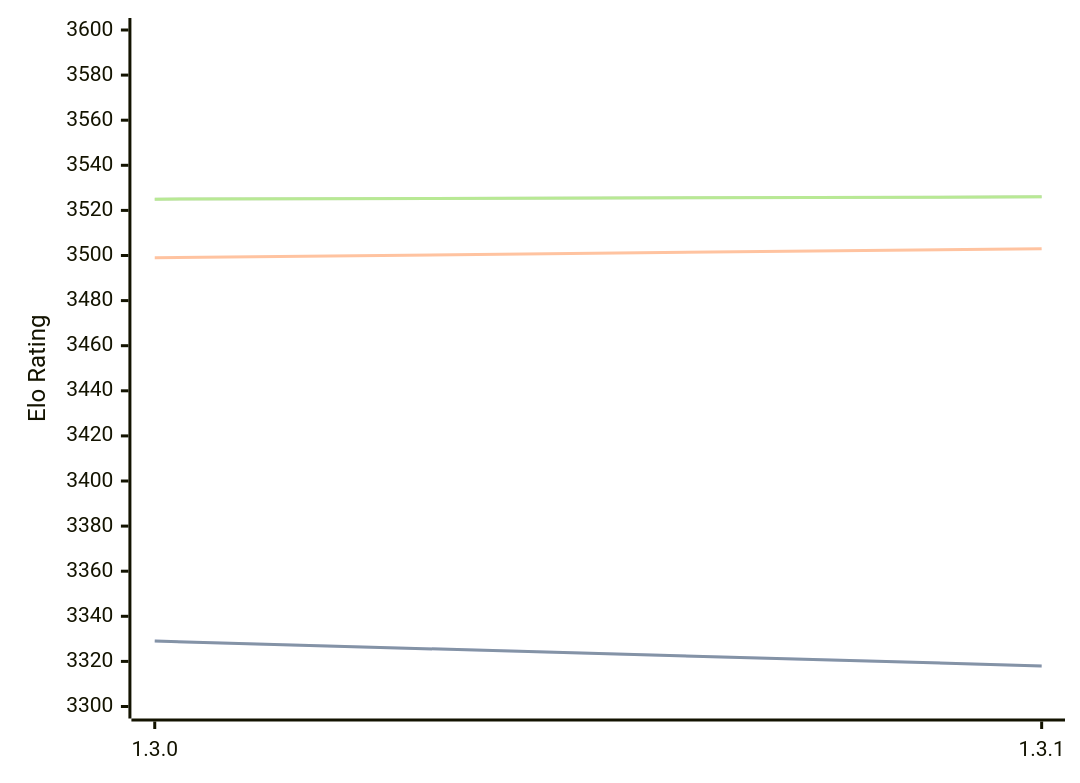
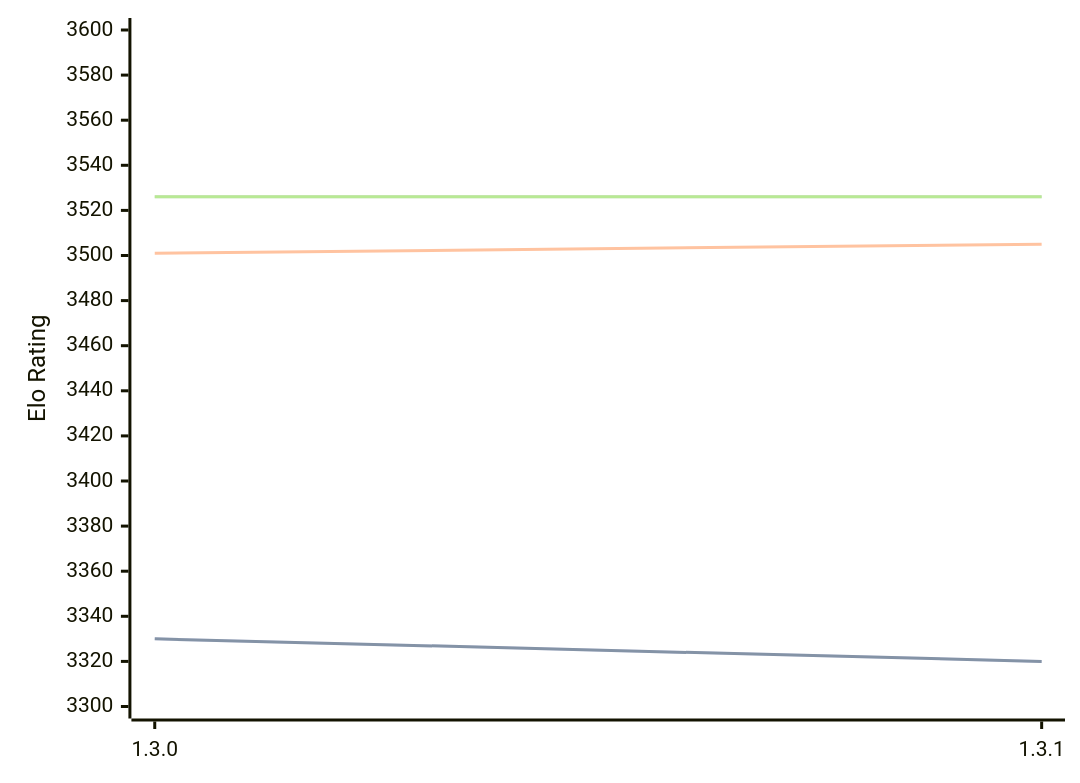
One commit to computer-chess-index/cci changed the diagram in engines/Renegade.md. Above: the diagram before and after it, drawn with Mermaid. The commit also changed other lines of this file, not shown here.

Commit message:
Update CCI Ratings (ELO VLTC) - 2026-07-23

````diff
--- a/engines/Renegade.md
+++ b/engines/Renegade.md
@@ -42,11 +42,11 @@
 ```mermaid
 %%{init: {"theme":"base","themeVariables":{"seriesColors:['#a3a3a3','#222221','#faa371']}}}%%
 xychart-beta
   x-axis ["1.3.0", "1.3.1"]
   y-axis "Elo Rating" 3300 --> 3600
-  line "STC (8.0+0.08s)" [3329, 3318]
-  line "STC (8.0+0.08s)" [3329, 3318]
-  line "LTC (60.0+0.60s)" [3499, 3503]
-  line "VLTC (2m24s+1.12s)" [3525, 3526]
-  line "VLTC (2m24s+1.12s)" [3525, 3526]
+  line "STC (8.0+0.08s)" [3330, 3320]
+  line "STC (8.0+0.08s)" [3330, 3320]
+  line "LTC (60.0+0.60s)" [3501, 3505]
+  line "VLTC (2m24s+1.12s)" [3526, 3526]
+  line "VLTC (2m24s+1.12s)" [3526, 3526]
 ```
````
